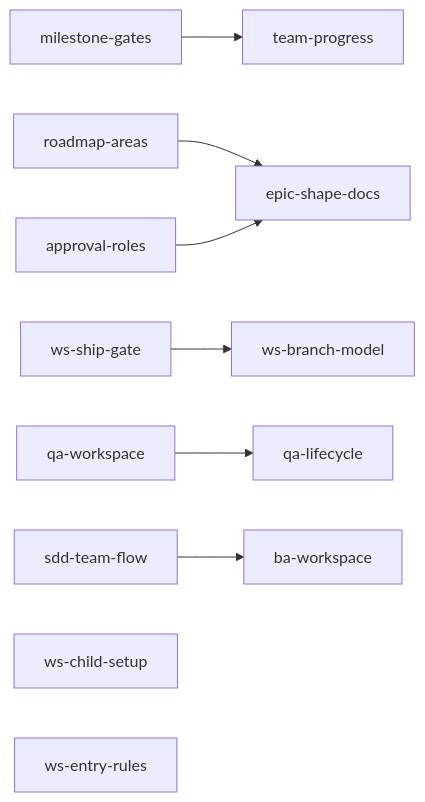
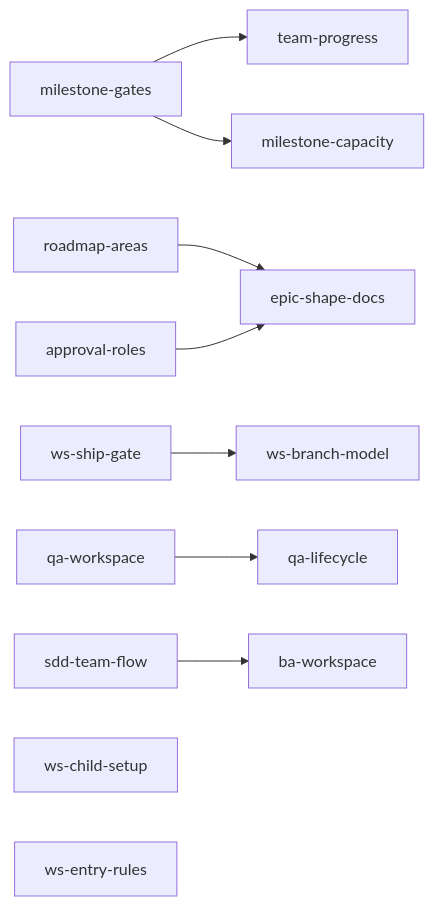
Before and after one commit to giangdhwhtbr/gin-workflow: the diagram in .planning/roadmap.md, drawn with Mermaid. The commit also changed other lines of this file, not shown here.

Commit message:
docs(roadmap): split milestone-gates; add milestone-capacity

````diff
--- a/.planning/roadmap.md
+++ b/.planning/roadmap.md
@@ -48,11 +48,12 @@
 ```mermaid
 flowchart LR
     MG[milestone-gates] --> TP[team-progress]
+    MG --> MC[milestone-capacity]
     RA[roadmap-areas] --> ES[epic-shape-docs]
     AR[approval-roles] --> ES
     SG[ws-ship-gate] --> BM[ws-branch-model]
     QW[qa-workspace] --> QL[qa-lifecycle]
     SD[sdd-team-flow] --> BA[ba-workspace]
     CS[ws-child-setup]
     ER[ws-entry-rules]
 ```
````
